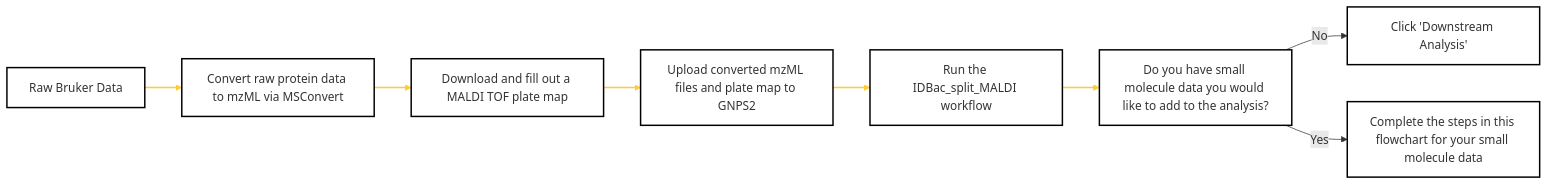
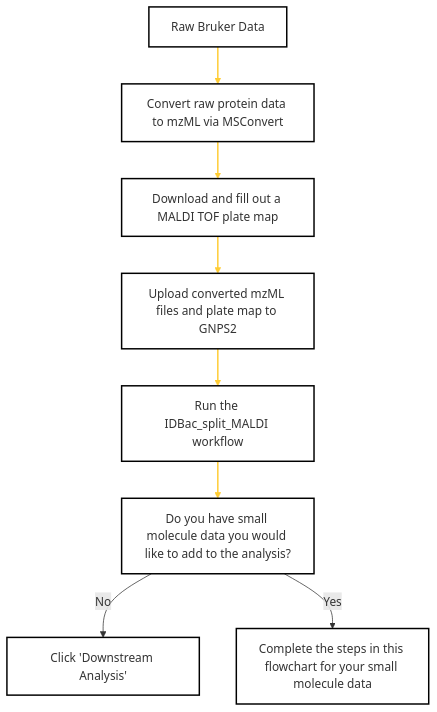
The diagram in docs/idbac-start-here.md (Wang-Bioinformatics-Lab/GNPS2_Documentation), drawn with Mermaid before and after one commit.

Commit message:
top down

````diff
--- a/docs/idbac-start-here.md
+++ b/docs/idbac-start-here.md
@@ -5,31 +5,31 @@
 ```mermaid
-flowchart LR
+flowchart TD
     A[Raw Bruker Data] --> B[Convert raw protein data to mzML via MSConvert]
     B --> C[Download and fill out a MALDI TOF plate map]
     C --> D[Upload converted mzML files and plate map to GNPS2]
     D --> E[Run the IDBac_split_MALDI workflow]
     E --> F[Do you have small molecule data you would like to add to the analysis?]
     F --> |No| G[Click 'Downstream Analysis']
     F --> |Yes| H[Complete the steps in this flowchart for your small molecule data]
     click B href "https://proteowizard.sourceforge.io/"
     click C href "https://docs.google.com/spreadsheets/d/1ihFy6lQyJtWy9fp46ahMPWk7xLp2tJ3q/edit?usp=sharing&ouid=102573514213912402103&rtpof=true&sd=true"
     click D href "https://gnps2.org/homepage"
     click E href "https://gnps2.org/workflowinput?workflowname=idbac_split_maldi_workflow"
 
  %% Styling
     style A fill:#FFFFFF,stroke:#000000,stroke-width:2px
     style B fill:#FFFFFF,stroke:#000000,stroke-width:2px
     style C fill:#FFFFFF,stroke:#000000,stroke-width:2px
     style D fill:#FFFFFF,stroke:#000000,stroke-width:2px
     style E fill:#FFFFFF,stroke:#000000,stroke-width:2px
     style F fill:#FFFFFF,stroke:#000000,stroke-width:2px
     style G fill:#FFFFFF,stroke:#000000,stroke-width:2px
     style H fill:#FFFFFF,stroke:#000000,stroke-width:2px
     
     %% Link Styling
     linkStyle 0 stroke:#ffcc33,stroke-width:2px
     linkStyle 1 stroke:#ffcc33,stroke-width:2px
     linkStyle 2 stroke:#ffcc33,stroke-width:2px
     linkStyle 3 stroke:#ffcc33,stroke-width:2px
     linkStyle 4 stroke:#ffcc33,stroke-width:2px
 ```
````
